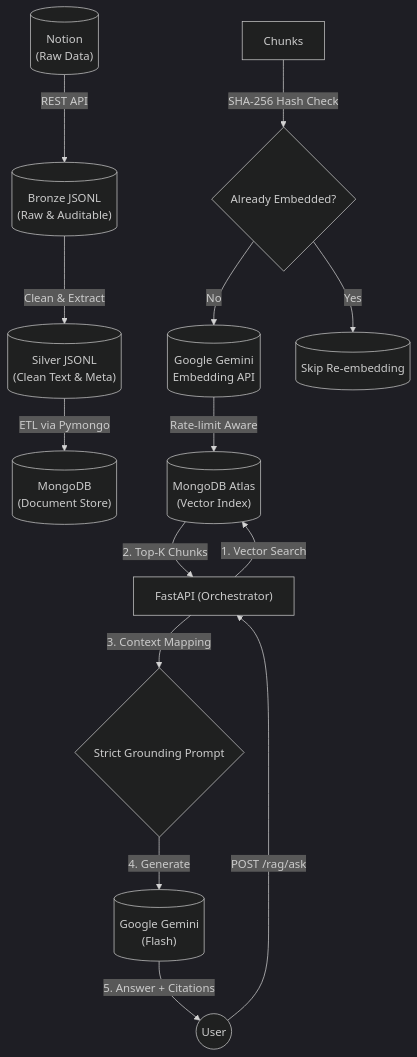
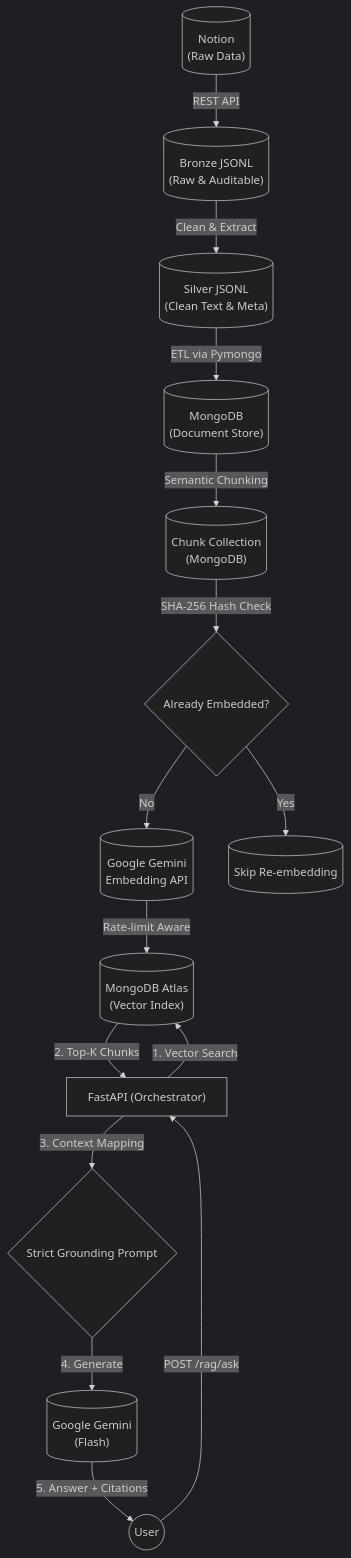
The diagram in README.md (dblue03333/mini-llm-twin), drawn with Mermaid (dark theme) before and after one commit.

Commit message:
docs: restore missing flow diagram link

````diff
--- a/README.md
+++ b/README.md
@@ -11,21 +11,22 @@
 ```mermaid
 graph TD
     %% Ingestion Pipeline
     Notion[("Notion\n(Raw Data)")] -->|REST API| Bronze[("Bronze JSONL\n(Raw & Auditable)")]
     Bronze -->|Clean & Extract| Silver[("Silver JSONL\n(Clean Text & Meta)")]
     Silver -->|ETL via Pymongo| MongoSilver[("MongoDB\n(Document Store)")]
 
     %% Processing Pipeline
+    MongoSilver -->|Semantic Chunking| Chunks[("Chunk Collection\n(MongoDB)")]
     Chunks -->|SHA-256 Hash Check| Cache{"Already Embedded?"}
     Cache -- No --> EmbeddingAPI[("Google Gemini\nEmbedding API")]
     Cache -- Yes --> Skip[("Skip Re-embedding")]
     EmbeddingAPI -->|Rate-limit Aware| AtlasSearch[("MongoDB Atlas\n(Vector Index)")]
 
     %% RAG Application
     User((User)) -->|POST /rag/ask| FastAPI["FastAPI (Orchestrator)"]
     FastAPI -->|1. Vector Search| AtlasSearch
     AtlasSearch -->|2. Top-K Chunks| FastAPI
     FastAPI -->|3. Context Mapping| Templating{"Strict Grounding Prompt"}
     Templating -->|4. Generate| GeminiLLM[("Google Gemini\n(Flash)")]
     GeminiLLM -->|5. Answer + Citations| User
 ```
````
